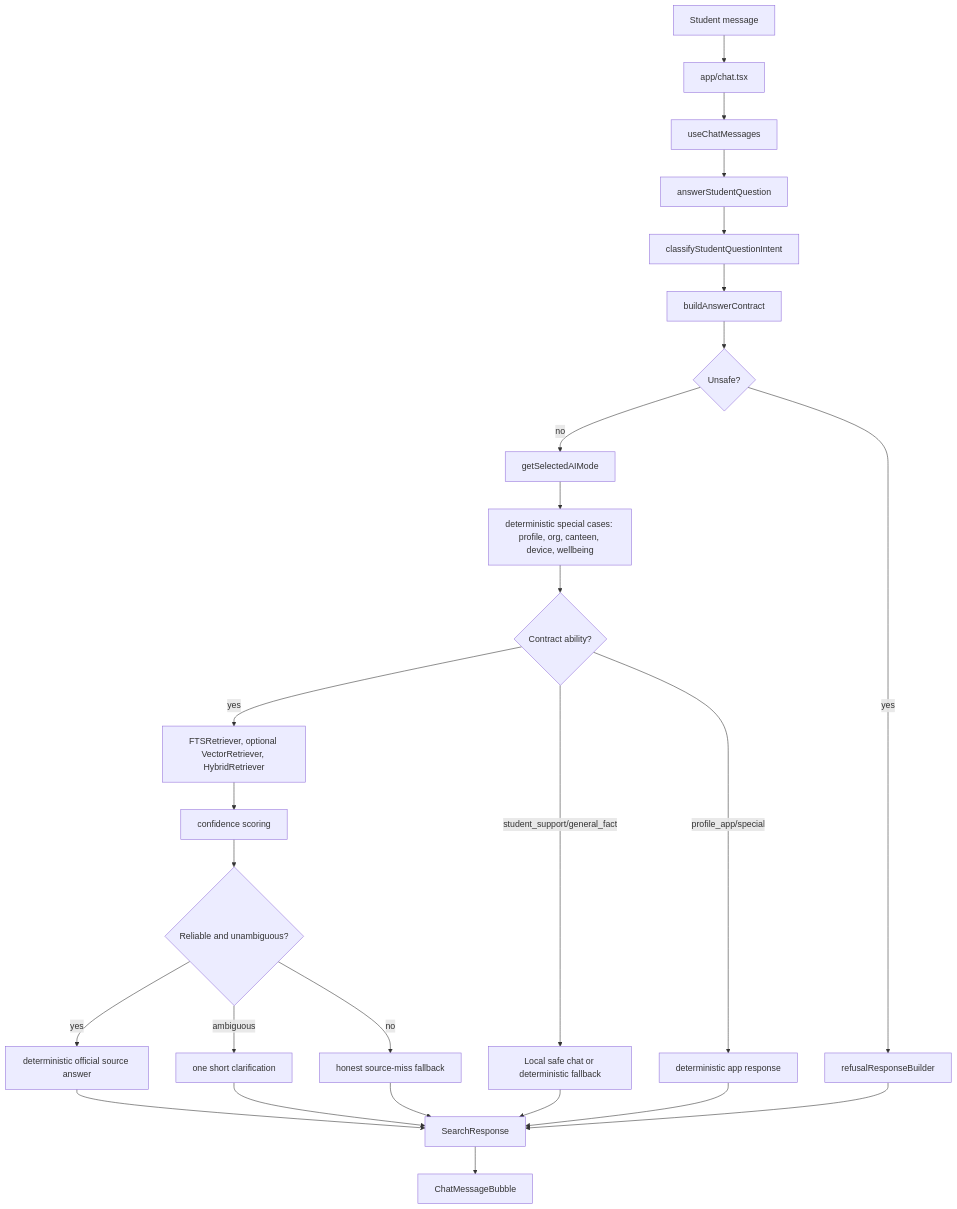
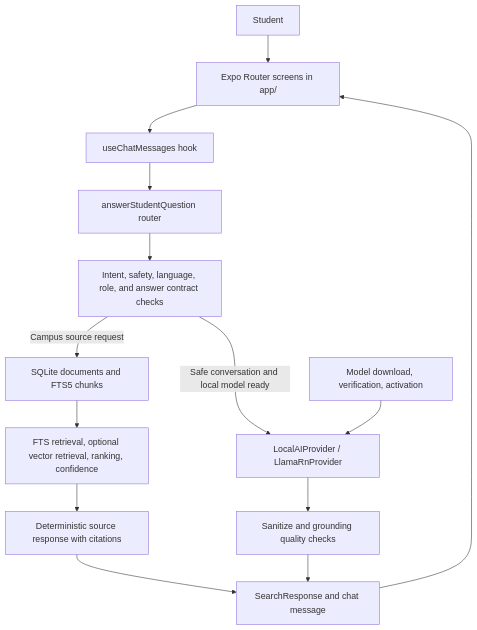
The first of 3 diagrams in docs/building-haki-from-scratch.md (supertaku/Scrambled-Egg), drawn with Mermaid before and after one commit. The commit also changed other lines of this file and 150 other files, not shown here.

Commit message:
feat: expand Haki chat map and local model experience

````diff
--- a/docs/building-haki-from-scratch.md
+++ b/docs/building-haki-from-scratch.md
@@ -22,28 +139,16 @@
 ```mermaid
 flowchart TD
-  User["Student message"] --> Chat["app/chat.tsx"]
-  Chat --> Hook["useChatMessages"]
-  Hook --> Answer["answerStudentQuestion"]
-  Answer --> Intent["classifyStudentQuestionIntent"]
-  Intent --> Contract["buildAnswerContract"]
-  Contract --> Unsafe{"Unsafe?"}
-  Unsafe -->|yes| Refusal["refusalResponseBuilder"]
-  Unsafe -->|no| Mode["getSelectedAIMode"]
-  Mode --> Special["deterministic special cases: profile, org, canteen, device, wellbeing"]
-  Special --> Route{"Contract ability?"}
-  Route -->|yes| Retrieval["FTSRetriever, optional VectorRetriever, HybridRetriever"]
-  Route -->|student_support/general_fact| SafeChat["Local safe chat or deterministic fallback"]
-  Route -->|profile_app/special| SpecialAnswer["deterministic app response"]
-  Retrieval --> Confidence["confidence scoring"]
-  Confidence --> SourceDecision{"Reliable and unambiguous?"}
-  SourceDecision -->|yes| Official["deterministic official source answer"]
-  SourceDecision -->|ambiguous| Clarify["one short clarification"]
-  SourceDecision -->|no| SourceMiss["honest source-miss fallback"]
-  Official --> Response["SearchResponse"]
-  Clarify --> Response
-  SourceMiss --> Response
-  SafeChat --> Response
-  SpecialAnswer --> Response
-  Refusal --> Response
-  Response --> Bubble["ChatMessageBubble"]
+    U["Student"] --> S["Expo Router screens in app/"]
+    S --> H["useChatMessages hook"]
+    H --> R["answerStudentQuestion router"]
+    R --> I["Intent, safety, language, role, and answer contract checks"]
+    I -->|Campus source request| DB["SQLite documents and FTS5 chunks"]
+    DB --> RET["FTS retrieval, optional vector retrieval, ranking, confidence"]
+    RET --> DET["Deterministic source response with citations"]
+    I -->|Safe conversation and local model ready| LM["LocalAIProvider / LlamaRnProvider"]
+    MM["Model download, verification, activation"] --> LM
+    LM --> GUARD["Sanitize and grounding quality checks"]
+    DET --> OUT["SearchResponse and chat message"]
+    GUARD --> OUT
+    OUT --> S
 ```
````
